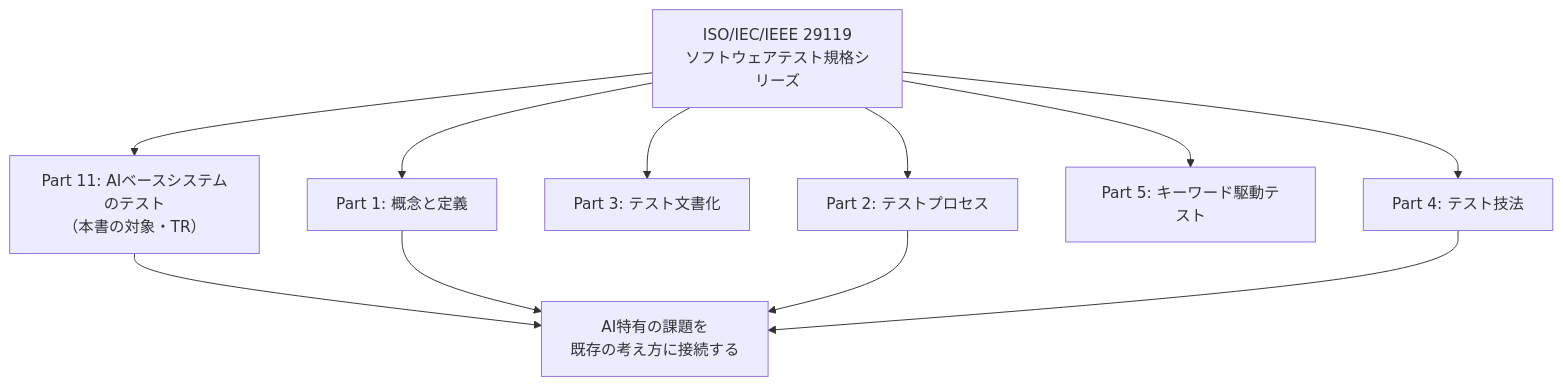
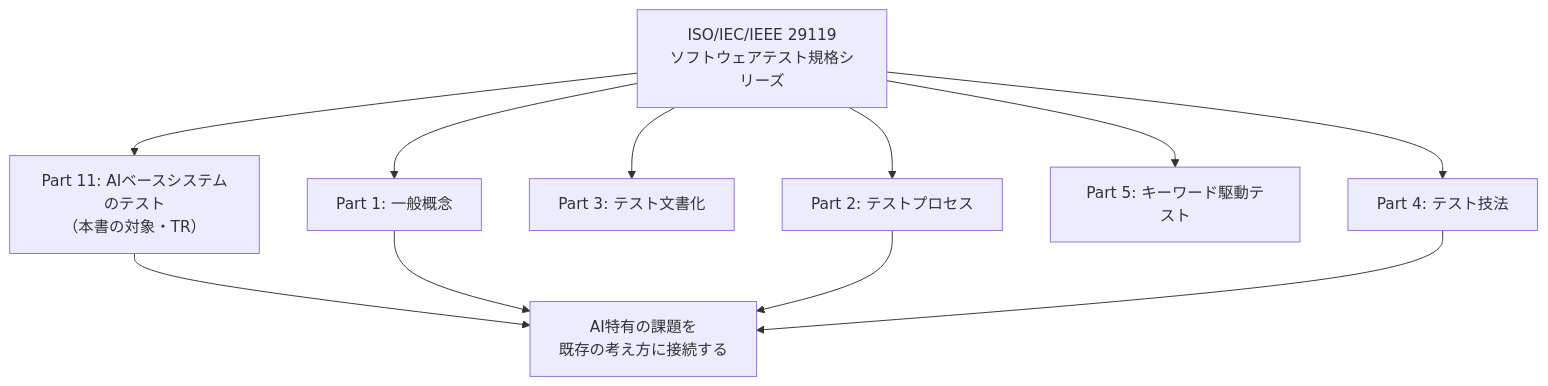
The first of 17 diagrams in Iso-29119-11-guide.md (myoshi2891/Quality-Assurance-Studies), drawn with Mermaid before and after one commit.

Commit message:
docs(iso-29119-11): update Part 1 title to general concepts in mermaid diagram

````diff
--- a/Iso-29119-11-guide.md
+++ b/Iso-29119-11-guide.md
@@ -87,13 +87,13 @@
 ```mermaid
 flowchart TD
-    A["ISO/IEC/IEEE 29119<br/>ソフトウェアテスト規格シリーズ"] --> B["Part 1: 概念と定義"]
+    A["ISO/IEC/IEEE 29119<br/>ソフトウェアテスト規格シリーズ"] --> B["Part 1: 一般概念"]
     A --> C["Part 2: テストプロセス"]
     A --> D["Part 3: テスト文書化"]
     A --> E["Part 4: テスト技法"]
     A --> F["Part 5: キーワード駆動テスト"]
     A --> G["Part 11: AIベースシステムのテスト<br/>（本書の対象・TR）"]
     G --> H["AI特有の課題を<br/>既存の考え方に接続する"]
     B --> H
     C --> H
     E --> H
 ```
````
